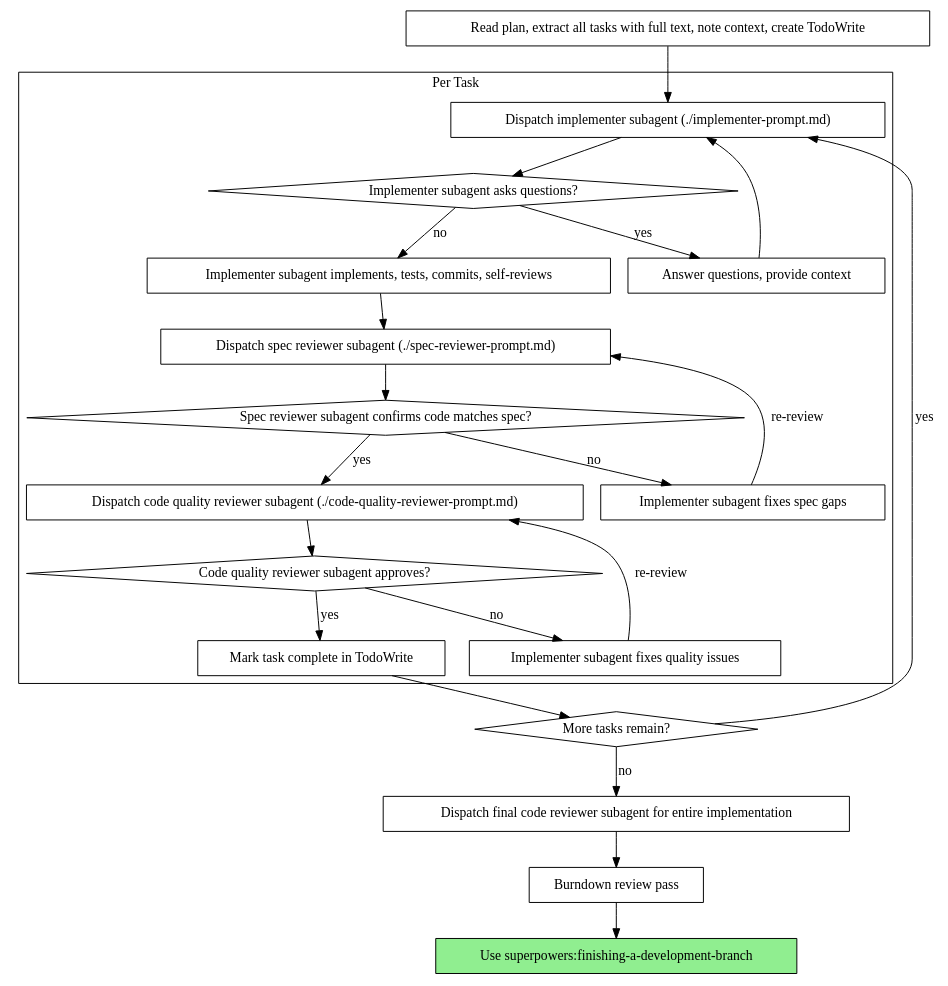
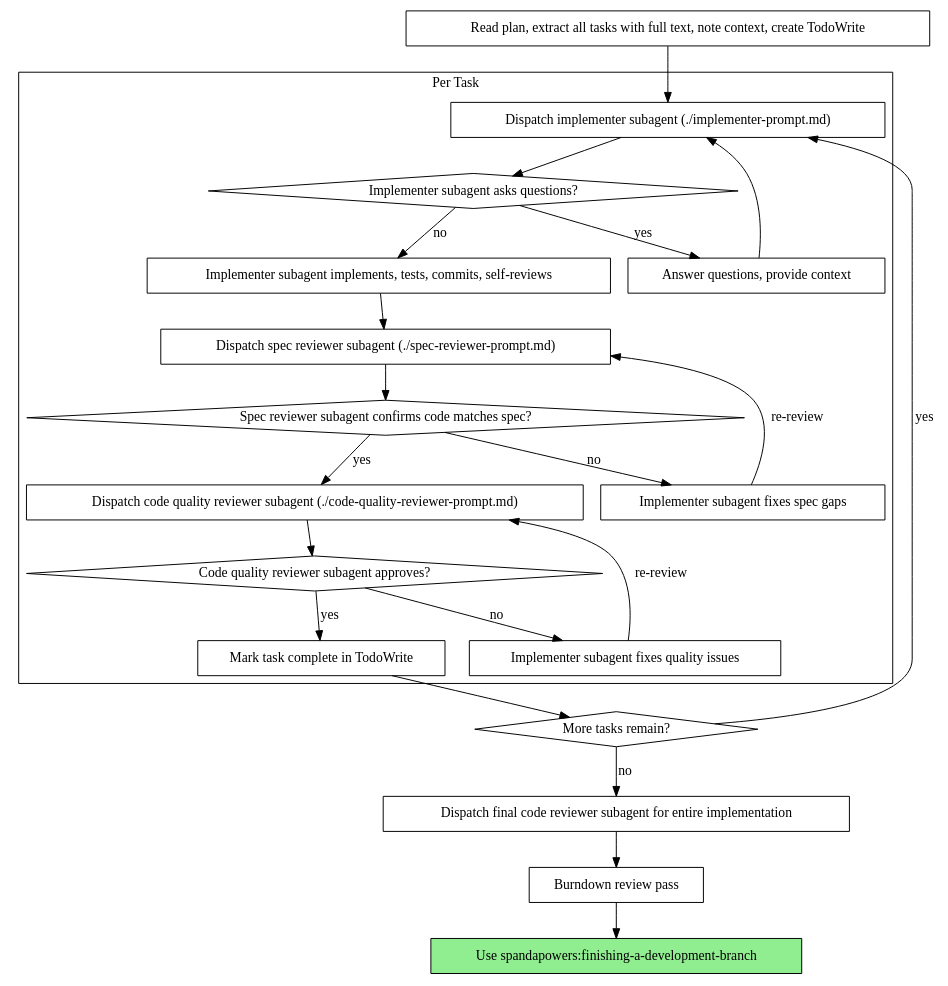
Before and after one commit to btc/spandapowers: the second of 2 diagrams in skills/subagent-driven-development/SKILL.md, drawn with Graphviz. The commit also changed other lines of this file and 16 other files, not shown here.

First line of the commit message:
Rename superpowers namespace to spandapowers

````diff
--- a/skills/subagent-driven-development/SKILL.md
+++ b/skills/subagent-driven-development/SKILL.md
@@ -54,46 +54,46 @@
 ```dot
 digraph process {
     rankdir=TB;
 
     subgraph cluster_per_task {
         label="Per Task";
         "Dispatch implementer subagent (./implementer-prompt.md)" [shape=box];
         "Implementer subagent asks questions?" [shape=diamond];
         "Answer questions, provide context" [shape=box];
         "Implementer subagent implements, tests, commits, self-reviews" [shape=box];
         "Dispatch spec reviewer subagent (./spec-reviewer-prompt.md)" [shape=box];
         "Spec reviewer subagent confirms code matches spec?" [shape=diamond];
         "Implementer subagent fixes spec gaps" [shape=box];
         "Dispatch code quality reviewer subagent (./code-quality-reviewer-prompt.md)" [shape=box];
         "Code quality reviewer subagent approves?" [shape=diamond];
         "Implementer subagent fixes quality issues" [shape=box];
         "Mark task complete in TodoWrite" [shape=box];
     }
 
     "Read plan, extract all tasks with full text, note context, create TodoWrite" [shape=box];
     "More tasks remain?" [shape=diamond];
     "Dispatch final code reviewer subagent for entire implementation" [shape=box];
     "Burndown review pass" [shape=box];
-    "Use superpowers:finishing-a-development-branch" [shape=box style=filled fillcolor=lightgreen];
+    "Use spandapowers:finishing-a-development-branch" [shape=box style=filled fillcolor=lightgreen];
 
     "Read plan, extract all tasks with full text, note context, create TodoWrite" -> "Dispatch implementer subagent (./implementer-prompt.md)";
     "Dispatch implementer subagent (./implementer-prompt.md)" -> "Implementer subagent asks questions?";
     "Implementer subagent asks questions?" -> "Answer questions, provide context" [label="yes"];
     "Answer questions, provide context" -> "Dispatch implementer subagent (./implementer-prompt.md)";
     "Implementer subagent asks questions?" -> "Implementer subagent implements, tests, commits, self-reviews" [label="no"];
     "Implementer subagent implements, tests, commits, self-reviews" -> "Dispatch spec reviewer subagent (./spec-reviewer-prompt.md)";
     "Dispatch spec reviewer subagent (./spec-reviewer-prompt.md)" -> "Spec reviewer subagent confirms code matches spec?";
     "Spec reviewer subagent confirms code matches spec?" -> "Implementer subagent fixes spec gaps" [label="no"];
     "Implementer subagent fixes spec gaps" -> "Dispatch spec reviewer subagent (./spec-reviewer-prompt.md)" [label="re-review"];
     "Spec reviewer subagent confirms code matches spec?" -> "Dispatch code quality reviewer subagent (./code-quality-reviewer-prompt.md)" [label="yes"];
     "Dispatch code quality reviewer subagent (./code-quality-reviewer-prompt.md)" -> "Code quality reviewer subagent approves?";
     "Code quality reviewer subagent approves?" -> "Implementer subagent fixes quality issues" [label="no"];
     "Implementer subagent fixes quality issues" -> "Dispatch code quality reviewer subagent (./code-quality-reviewer-prompt.md)" [label="re-review"];
     "Code quality reviewer subagent approves?" -> "Mark task complete in TodoWrite" [label="yes"];
     "Mark task complete in TodoWrite" -> "More tasks remain?";
     "More tasks remain?" -> "Dispatch implementer subagent (./implementer-prompt.md)" [label="yes"];
     "More tasks remain?" -> "Dispatch final code reviewer subagent for entire implementation" [label="no"];
     "Dispatch final code reviewer subagent for entire implementation" -> "Burndown review pass";
-    "Burndown review pass" -> "Use superpowers:finishing-a-development-branch";
+    "Burndown review pass" -> "Use spandapowers:finishing-a-development-branch";
 }
 ```
````
